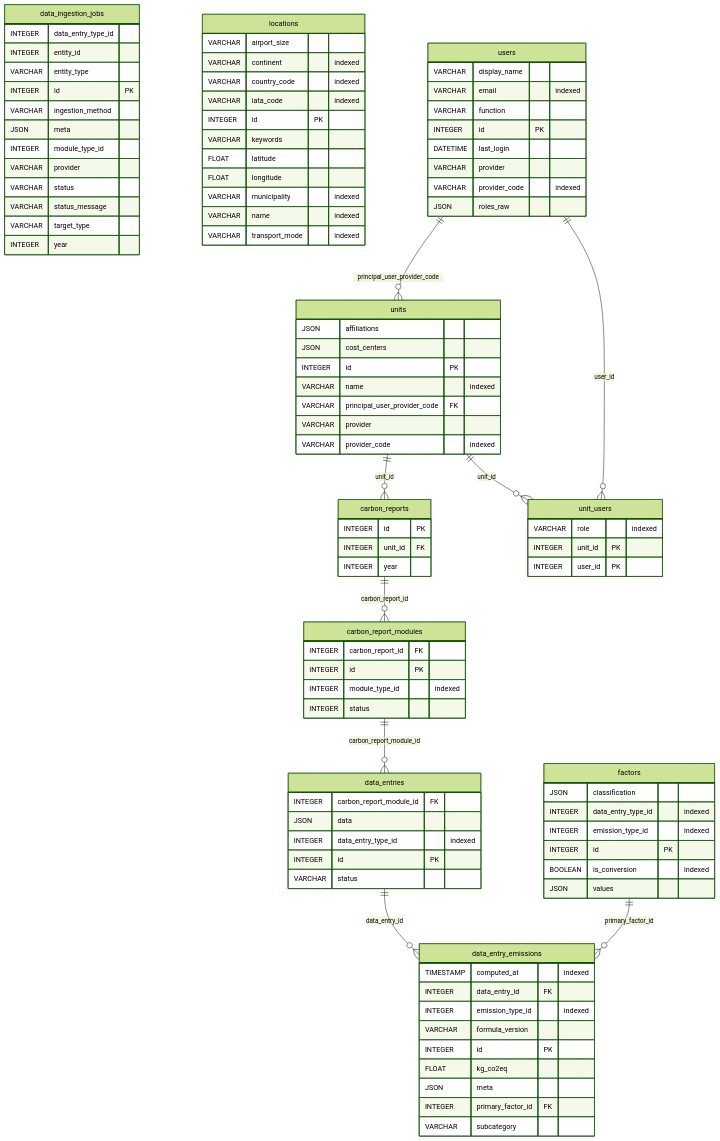
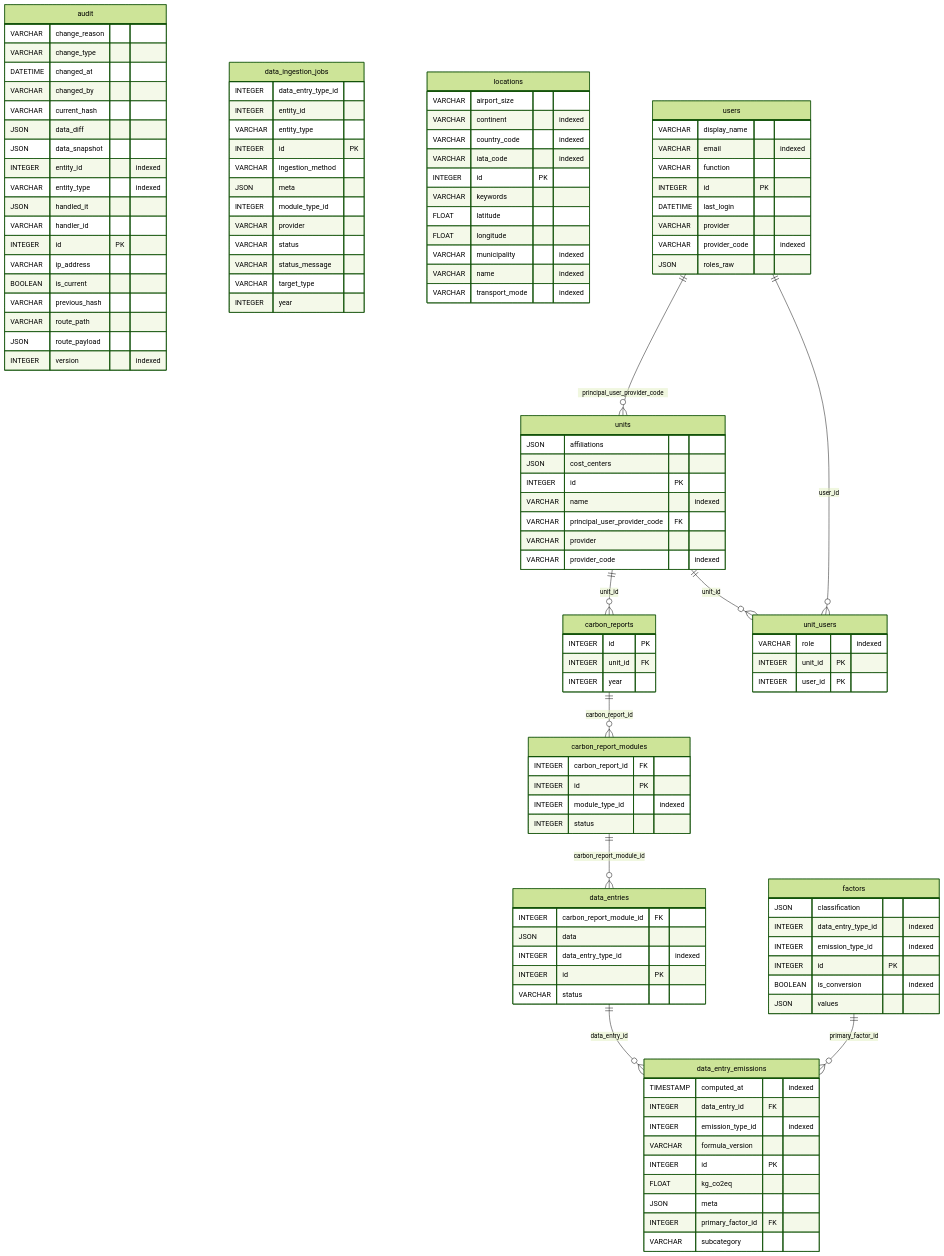
Before and after one commit to EPFL-ENAC/co2-calculator: the diagram in docs/src/database/erd.md, drawn with Mermaid (forest theme). The commit also changed 16 other files, not shown here.

````diff
--- a/docs/src/database/erd.md
+++ b/docs/src/database/erd.md
@@ -3,5 +3,25 @@
 ```mermaid
 erDiagram
+  audit {
+    VARCHAR change_reason
+    VARCHAR change_type
+    DATETIME changed_at
+    VARCHAR changed_by
+    VARCHAR current_hash
+    JSON data_diff
+    JSON data_snapshot
+    INTEGER entity_id "indexed"
+    VARCHAR entity_type "indexed"
+    JSON handled_it
+    VARCHAR handler_id
+    INTEGER id PK
+    VARCHAR ip_address
+    BOOLEAN is_current
+    VARCHAR previous_hash
+    VARCHAR route_path
+    JSON route_payload
+    INTEGER version "indexed"
+  }
   carbon_report_modules {
     INTEGER carbon_report_id FK
     INTEGER id PK
````
